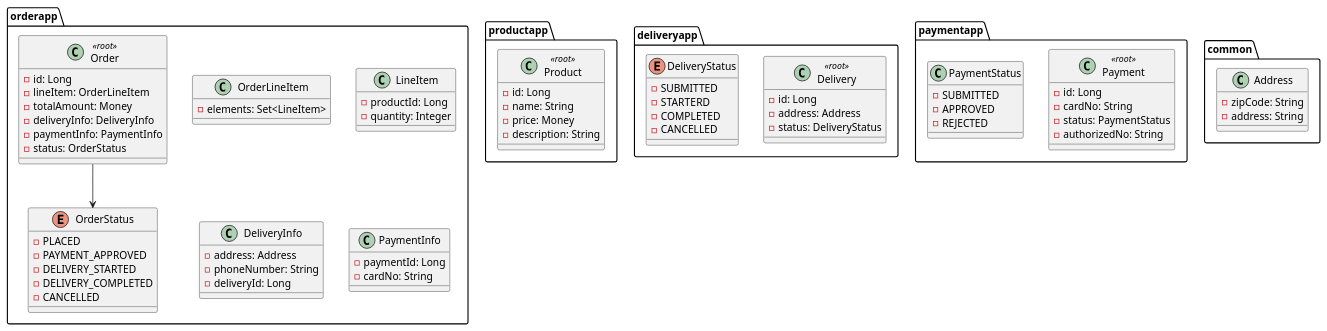
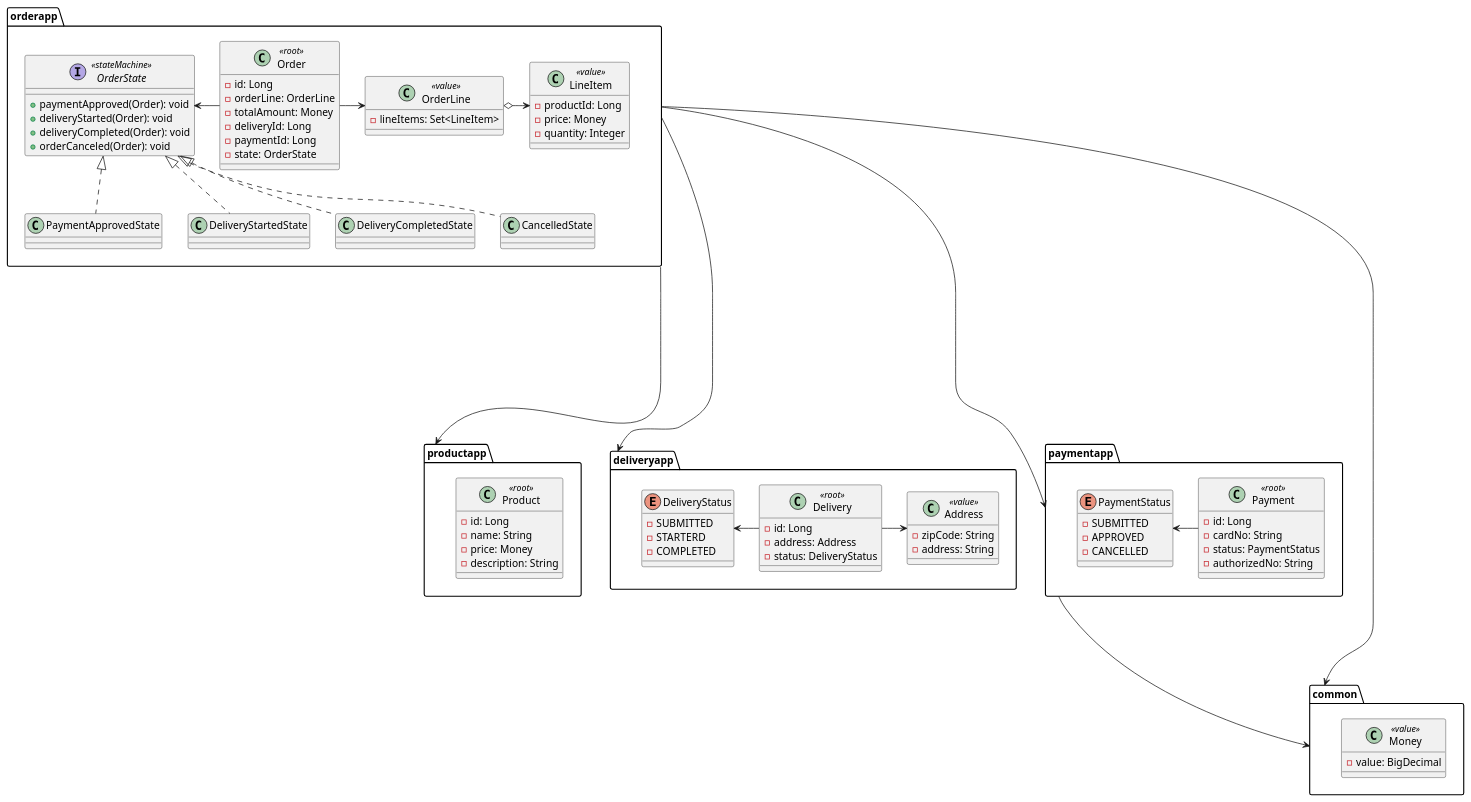
One commit to jo-minjun/order-delivery-project changed the diagram in uml/쇼핑몰.puml. Above: the diagram before and after it, drawn with PlantUML. The commit also changed 2 other files, not shown here.

Commit message:
README, uml 수정

```diff
--- a/uml/쇼핑몰.puml
+++ b/uml/쇼핑몰.puml
@@ -1,126 +1,110 @@
 @startuml
-
-' db: H2
-' 불변식 1: 배송이 시작되면 주문을 취소할 수 없다
-' 불변식 2: 취소 주문 금액은 10,000원이다
-' 불변식 3: 배송이 시작되면 배송 정보 변경 불가능하다
-' Entity, Repository, Service, ServiceTest
-' Hexagonal Architecture 적용
-' + xxxapp
-'   + adapter
-'     + in
-'       - EventHandler
-'     + out
-'       - EventPublisher
-'   + application
-'     - xxxRepository
-'     - xxxService
-'     + domain
-'       - Entity, Value, Factory, Event
-' 
 
 package productapp {
 
     class Product <<root>> {
         - id: Long
         - name: String
         - price: Money
         - description: String
     }
 
 }
 
 package orderapp {
 
-    class Order<<root>> {
+    class Order <<root>> {
         - id: Long
-        - lineItem: OrderLineItem
-        ' totalAmount 값을 가지고 있을 것인가? 실시간 계산을 할 것인가?
+        - orderLine: OrderLine
         - totalAmount: Money
-        - deliveryInfo: DeliveryInfo
-        - paymentInfo: PaymentInfo
-        - status: OrderStatus
-
+        - deliveryId: Long
+        - paymentId: Long
+        - state: OrderState
     }
 
-    enum OrderStatus {
-        ' 주문접수됨, 주문승인됨(카드 승인될 경우), 배송시작됨, 배송완료됨, 취소됨
-        - PLACED
-        - PAYMENT_APPROVED
-        - DELIVERY_STARTED
-        - DELIVERY_COMPLETED
-        - CANCELLED
+    class OrderLine <<value>> {
+        - lineItems: Set<LineItem>
     }
 
-    class OrderLineItem {
-        - elements: Set<LineItem>
-    }
-
-    class LineItem {
+    class LineItem <<value>> {
         - productId: Long
+        - price: Money
         - quantity: Integer
     }
 
-    class DeliveryInfo {
-        - address: Address
-        - phoneNumber: String
-        - deliveryId: Long
+    interface OrderState <<stateMachine>> {
+        + paymentApproved(Order): void
+        + deliveryStarted(Order): void
+        + deliveryCompleted(Order): void
+        + orderCanceled(Order): void
     }
 
-    class PaymentInfo {
-        - paymentId: Long
-        - cardNo: String
-    }
+    class PaymentApprovedState implements OrderState {}
+    class DeliveryStartedState implements OrderState {}
+    class DeliveryCompletedState implements OrderState {}
+    class CancelledState implements OrderState {}
 
-    Order --> OrderStatus
+    Order -> OrderLine
+    OrderLine o-> LineItem
+    Order -left-> OrderState
 
 }
 
 package deliveryapp {
-    
-    class Delivery<<root>> {
+
+    class Delivery <<root>> {
         - id: Long
         - address: Address
         - status: DeliveryStatus
     }
 
+    class Address <<value>> {
+        - zipCode: String
+        - address: String
+    }
+
     enum DeliveryStatus {
-        ' 접수됨, 시작됨, 완료됨, 취소됨
         - SUBMITTED
         - STARTERD
         - COMPLETED
-        ' 취소 상황이 없으면 뺄 것
-        - CANCELLED
     }
+
+    Delivery -> Address
+    Delivery -left-> DeliveryStatus
 
 }
 
 package paymentapp {
 
     class Payment<<root>> {
         - id: Long
         - cardNo: String
         - status: PaymentStatus
-        ' 승인 번호
         - authorizedNo: String
     }
 
-    class PaymentStatus {
-        ' 접수됨, 승인됨, 거절됨
+    enum PaymentStatus {
         - SUBMITTED
         - APPROVED
-        - REJECTED
+        - CANCELLED
     }
+
+    Payment -left-> PaymentStatus
 
 }
 
 package common {
 
-    class Address {
-        - zipCode: String
-        - address: String
+    class Money <<value>> {
+        - value: BigDecimal
     }
 
 }
 
+orderapp -------> productapp
+orderapp -------> deliveryapp
+orderapp -------> paymentapp
+orderapp -------> common
+paymentapp ----> common
+
 @enduml
```
